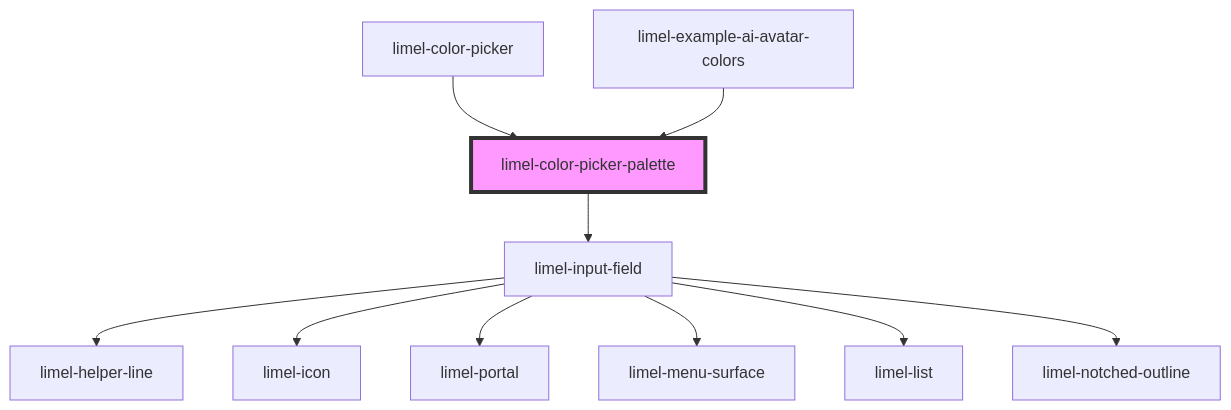
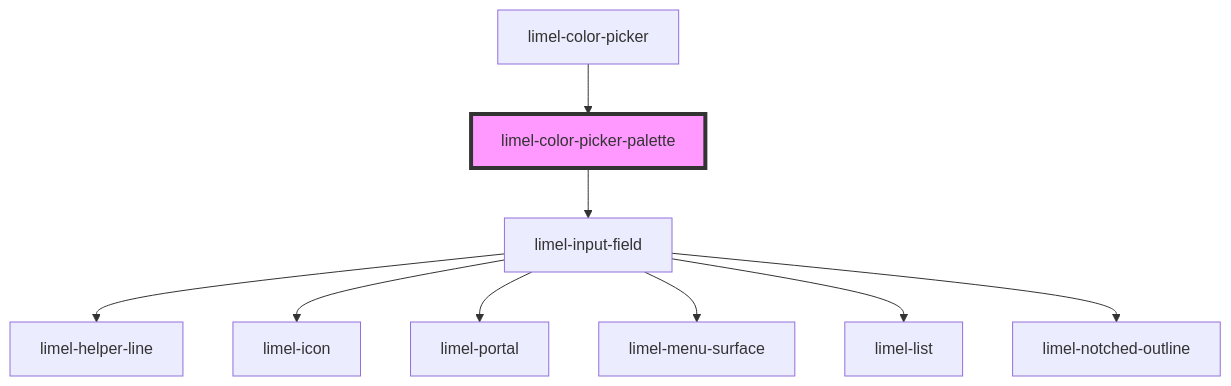
The diagram in versions/PR-4080/markdown-docs/components/color-picker/readme.md (Lundalogik/lime-elements), drawn with Mermaid before and after one commit. The commit also changed other lines of this file and 553 other files, not shown here.

````diff
--- a/versions/PR-4080/markdown-docs/components/color-picker/readme.md
+++ b/versions/PR-4080/markdown-docs/components/color-picker/readme.md
@@ -39,13 +38,12 @@
 ```mermaid
 graph TD;
   limel-color-picker-palette --> limel-input-field
   limel-input-field --> limel-helper-line
   limel-input-field --> limel-icon
   limel-input-field --> limel-portal
   limel-input-field --> limel-menu-surface
   limel-input-field --> limel-list
   limel-input-field --> limel-notched-outline
   limel-color-picker --> limel-color-picker-palette
-  limel-example-ai-avatar-colors --> limel-color-picker-palette
   style limel-color-picker-palette fill:#f9f,stroke:#333,stroke-width:4px
 ```
````
